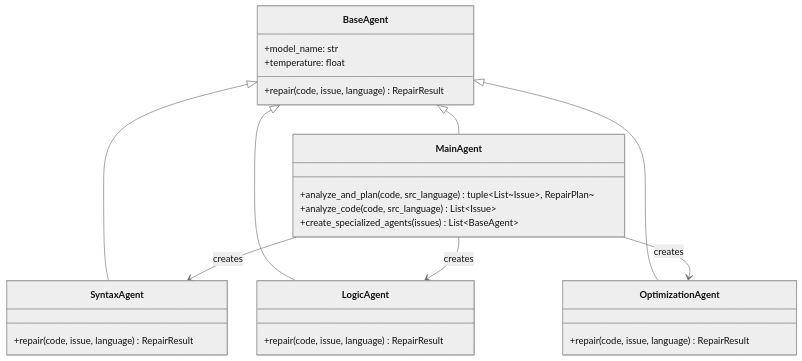
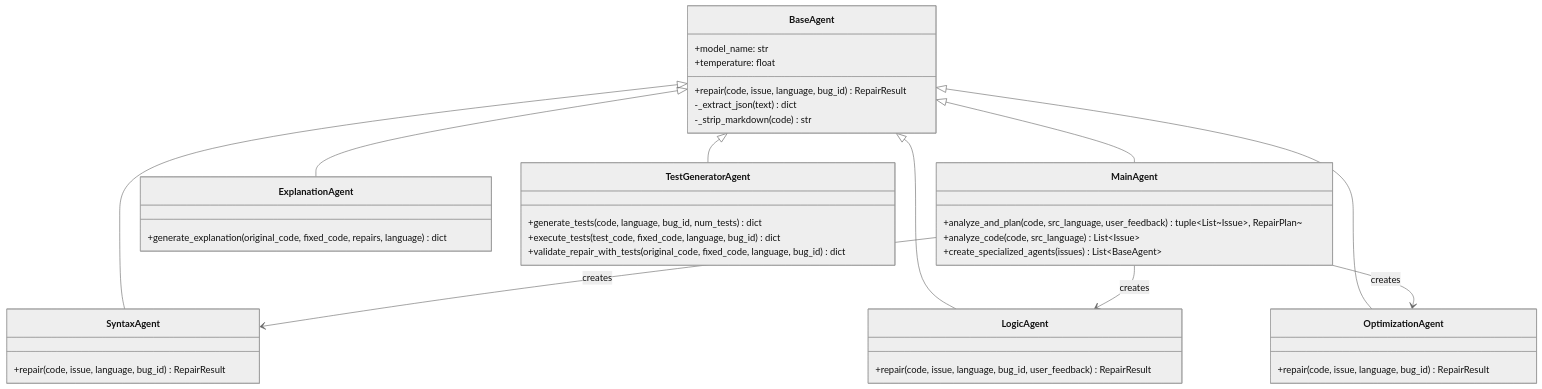
Before and after one commit to omaryasser3/Ai-Project: the first of 9 diagrams in METHODOLOGY.md, drawn with Mermaid (neutral theme). The commit also changed other lines of this file, not shown here.

First line of the commit message:
Revise METHODOLOGY.md to document current multi-agent system architecture

````diff
--- a/METHODOLOGY.md
+++ b/METHODOLOGY.md
@@ -19,35 +29,49 @@
 ```mermaid
 classDiagram
     class BaseAgent {
         +model_name: str
         +temperature: float
-        +repair(code, issue, language) RepairResult
+        +repair(code, issue, language, bug_id) RepairResult
+        -_extract_json(text) dict
+        -_strip_markdown(code) str
     }
     
     class MainAgent {
-        +analyze_and_plan(code, src_language) tuple~List~Issue~, RepairPlan~
+        +analyze_and_plan(code, src_language, user_feedback) tuple~List~Issue~, RepairPlan~
         +analyze_code(code, src_language) List~Issue~
         +create_specialized_agents(issues) List~BaseAgent~
     }
     
     class SyntaxAgent {
-        +repair(code, issue, language) RepairResult
+        +repair(code, issue, language, bug_id) RepairResult
     }
     
     class LogicAgent {
-        +repair(code, issue, language) RepairResult
+        +repair(code, issue, language, bug_id, user_feedback) RepairResult
     }
     
     class OptimizationAgent {
-        +repair(code, issue, language) RepairResult
+        +repair(code, issue, language, bug_id) RepairResult
+    }
+    
+    class ExplanationAgent {
+        +generate_explanation(original_code, fixed_code, repairs, language) dict
+    }
+    
+    class TestGeneratorAgent {
+        +generate_tests(code, language, bug_id, num_tests) dict
+        +execute_tests(test_code, fixed_code, language, bug_id) dict
+        +validate_repair_with_tests(original_code, fixed_code, language, bug_id) dict
     }
     
     BaseAgent <|-- MainAgent
     BaseAgent <|-- SyntaxAgent
     BaseAgent <|-- LogicAgent
     BaseAgent <|-- OptimizationAgent
+    BaseAgent <|-- ExplanationAgent
+    BaseAgent <|-- TestGeneratorAgent
     
     MainAgent --> SyntaxAgent : creates
     MainAgent --> LogicAgent : creates
     MainAgent --> OptimizationAgent : creates
 ```
````
